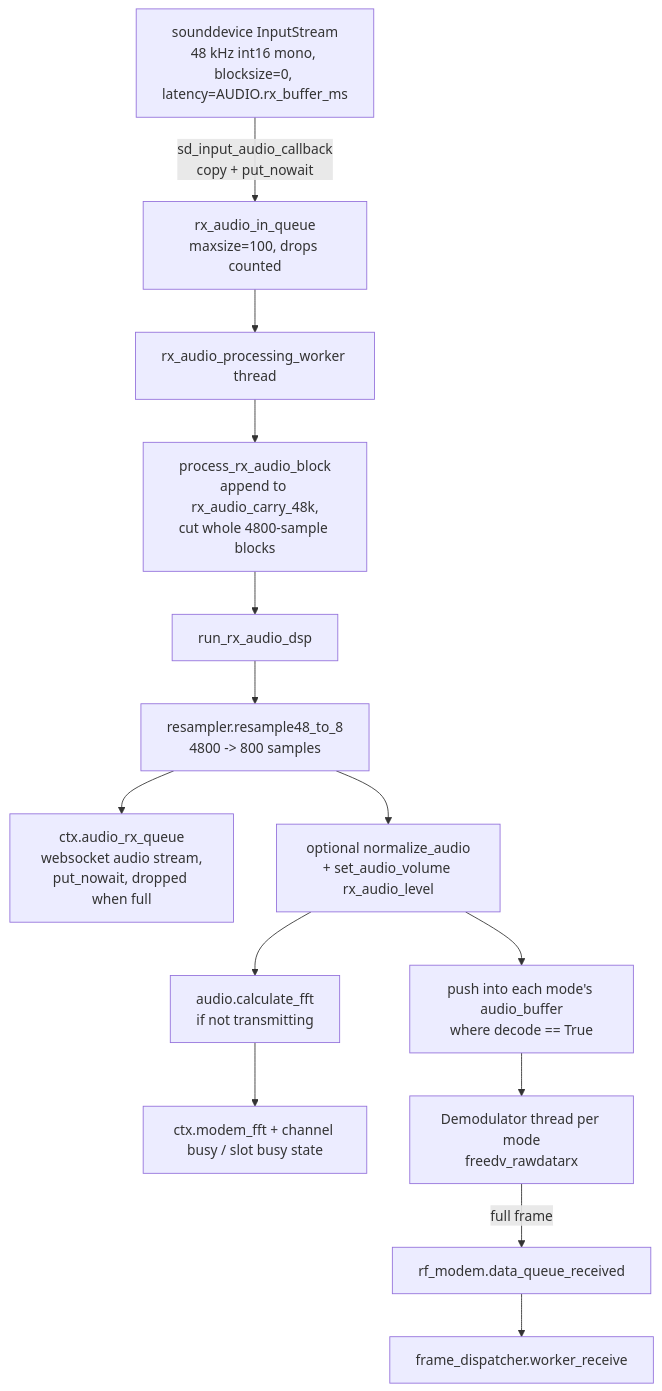
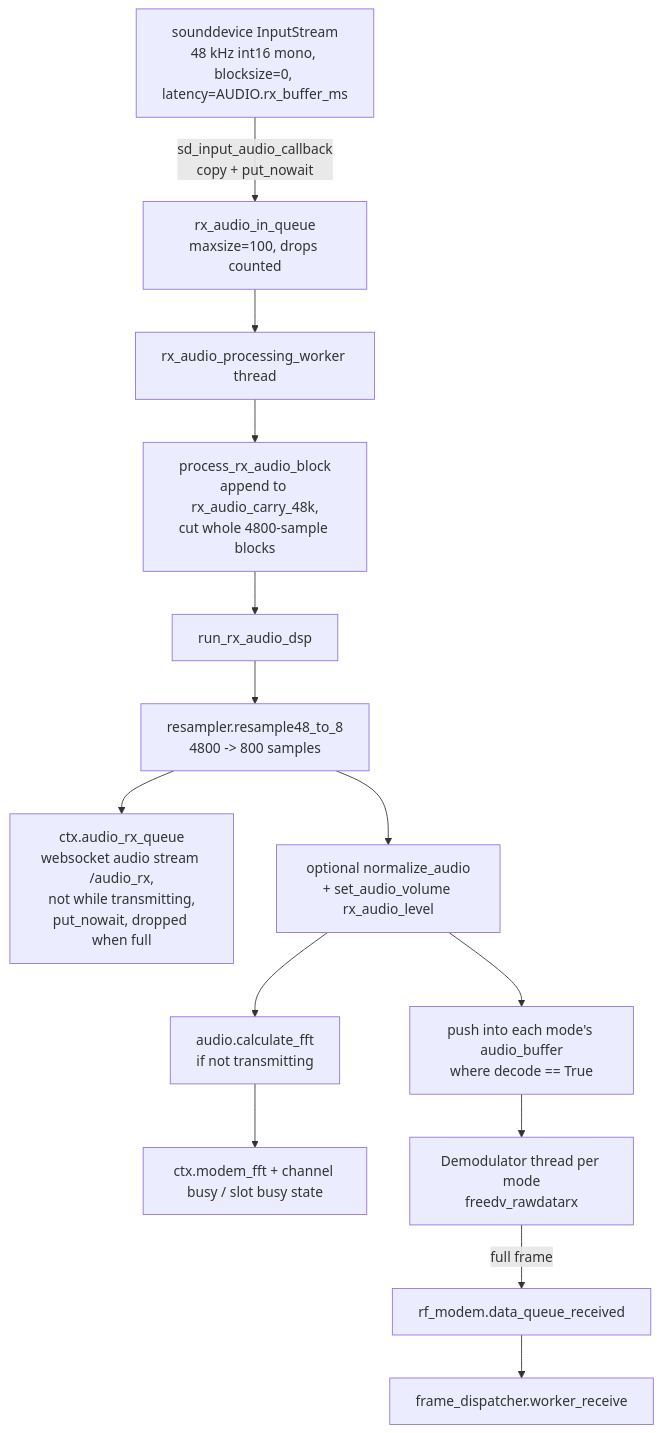
One commit to OH2JRB/FreeDATA changed the first of 2 diagrams in freedata_server/docs/modem-audio-radio.md. Above: the diagram before and after it, drawn with Mermaid. The commit also changed other lines of this file and 15 other files, not shown here.

````diff
--- a/freedata_server/docs/modem-audio-radio.md
+++ b/freedata_server/docs/modem-audio-radio.md
@@ -35,16 +35,16 @@
 ```mermaid
 flowchart TD
     A[sounddevice InputStream<br/>48 kHz int16 mono, blocksize=0, latency=AUDIO.rx_buffer_ms] -->|sd_input_audio_callback<br/>copy + put_nowait| B[rx_audio_in_queue<br/>maxsize=100, drops counted]
     B --> C[rx_audio_processing_worker thread]
     C --> D[process_rx_audio_block<br/>append to rx_audio_carry_48k,<br/>cut whole 4800-sample blocks]
     D --> E[run_rx_audio_dsp]
     E --> F[resampler.resample48_to_8<br/>4800 -> 800 samples]
-    F --> G[ctx.audio_rx_queue<br/>websocket audio stream,<br/>put_nowait, dropped when full]
+    F --> G[ctx.audio_rx_queue<br/>websocket audio stream /audio_rx,<br/>not while transmitting,<br/>put_nowait, dropped when full]
     F --> H[optional normalize_audio<br/>+ set_audio_volume rx_audio_level]
     H --> I[audio.calculate_fft<br/>if not transmitting]
     I --> J[ctx.modem_fft + channel busy / slot busy state]
     H --> K[push into each mode's audio_buffer<br/>where decode == True]
     K --> L[Demodulator thread per mode<br/>freedv_rawdatarx]
     L -->|full frame| M[rf_modem.data_queue_received]
     M --> N[frame_dispatcher.worker_receive]
 ```
````
